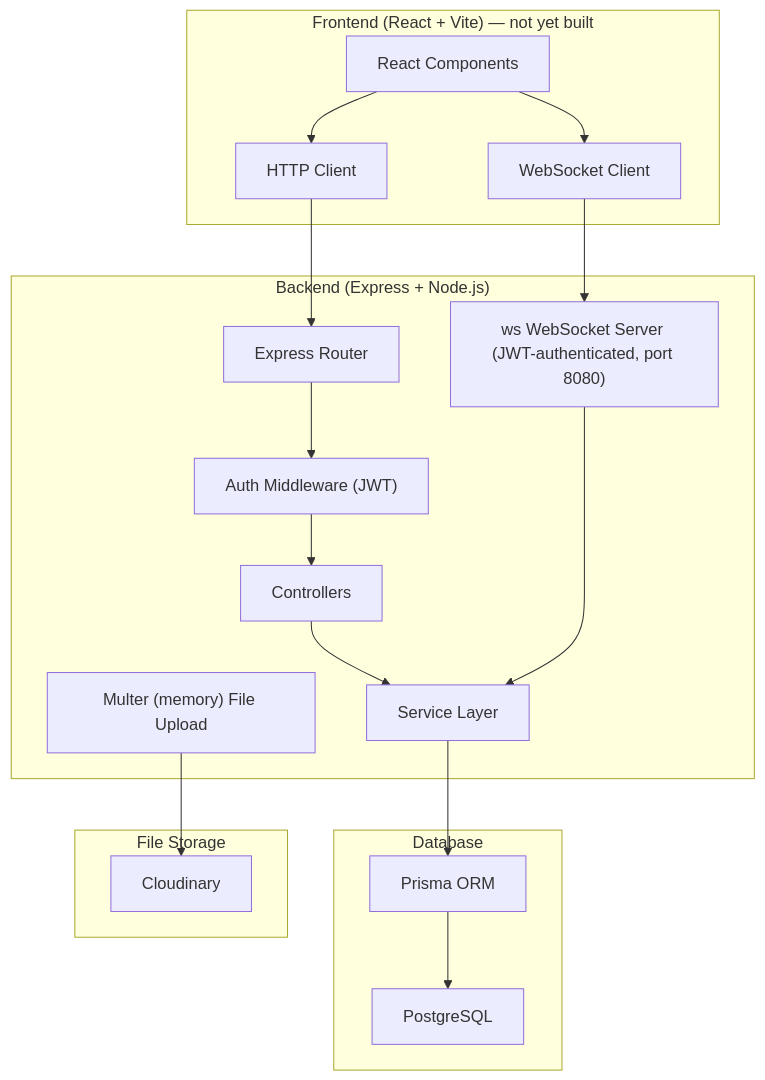
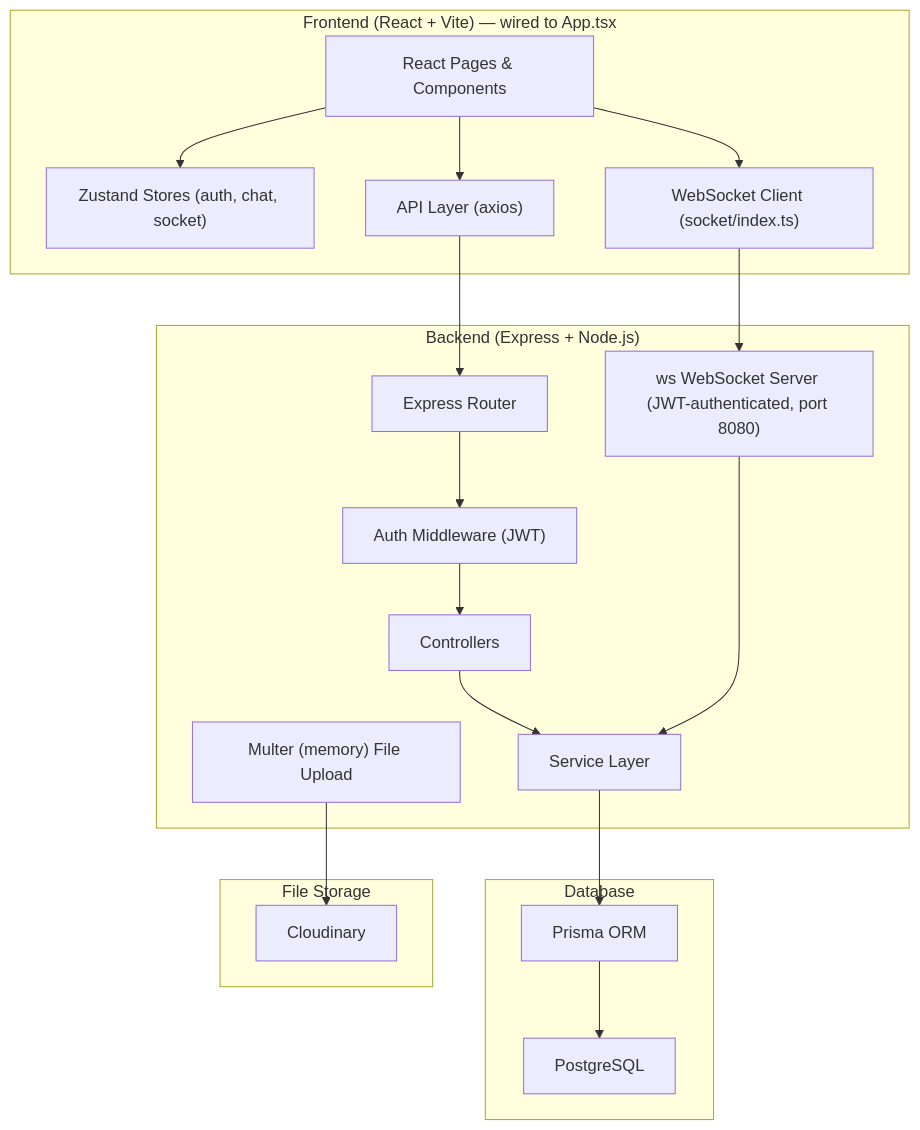
The first of 15 diagrams in README.md (TridibeshSam31/messaging-platform), drawn with Mermaid before and after one commit. The commit also changed other lines of this file, not shown here.

````diff
--- a/README.md
+++ b/README.md
@@ -84,30 +105,32 @@
 ```mermaid
 graph TB
-    subgraph Frontend ["Frontend (React + Vite) — not yet built"]
-        UI["React Components"]
-        API["HTTP Client"]
-        WSClient["WebSocket Client"]
+    subgraph Frontend ["Frontend (React + Vite) — wired to App.tsx"]
+        UI["React Pages & Components"]
+        Store["Zustand Stores (auth, chat, socket)"]
+        API["API Layer (axios)"]
+        WSClient["WebSocket Client (socket/index.ts)"]
     end
 
     subgraph Backend ["Backend (Express + Node.js)"]
         Router["Express Router"]
         Middleware["Auth Middleware (JWT)"]
         Controllers["Controllers"]
         Services["Service Layer"]
         WSServer["ws WebSocket Server (JWT-authenticated, port 8080)"]
         Upload["Multer (memory) File Upload"]
     end
 
     subgraph Database ["Database"]
         PG["PostgreSQL"]
         Prisma["Prisma ORM"]
     end
 
     subgraph Storage ["File Storage"]
         Cloudinary["Cloudinary"]
     end
 
+    UI --> Store
     UI --> API --> Router --> Middleware --> Controllers --> Services --> Prisma --> PG
     UI --> WSClient --> WSServer --> Services
     Upload --> Cloudinary
 ```
````
